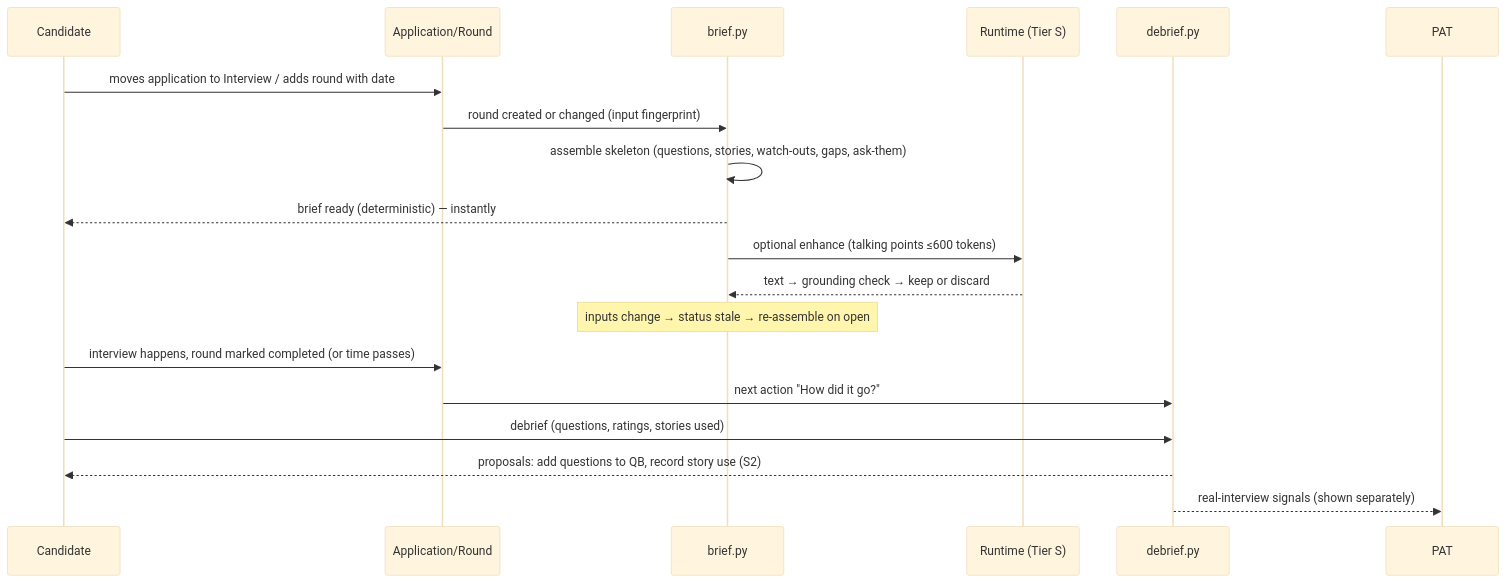
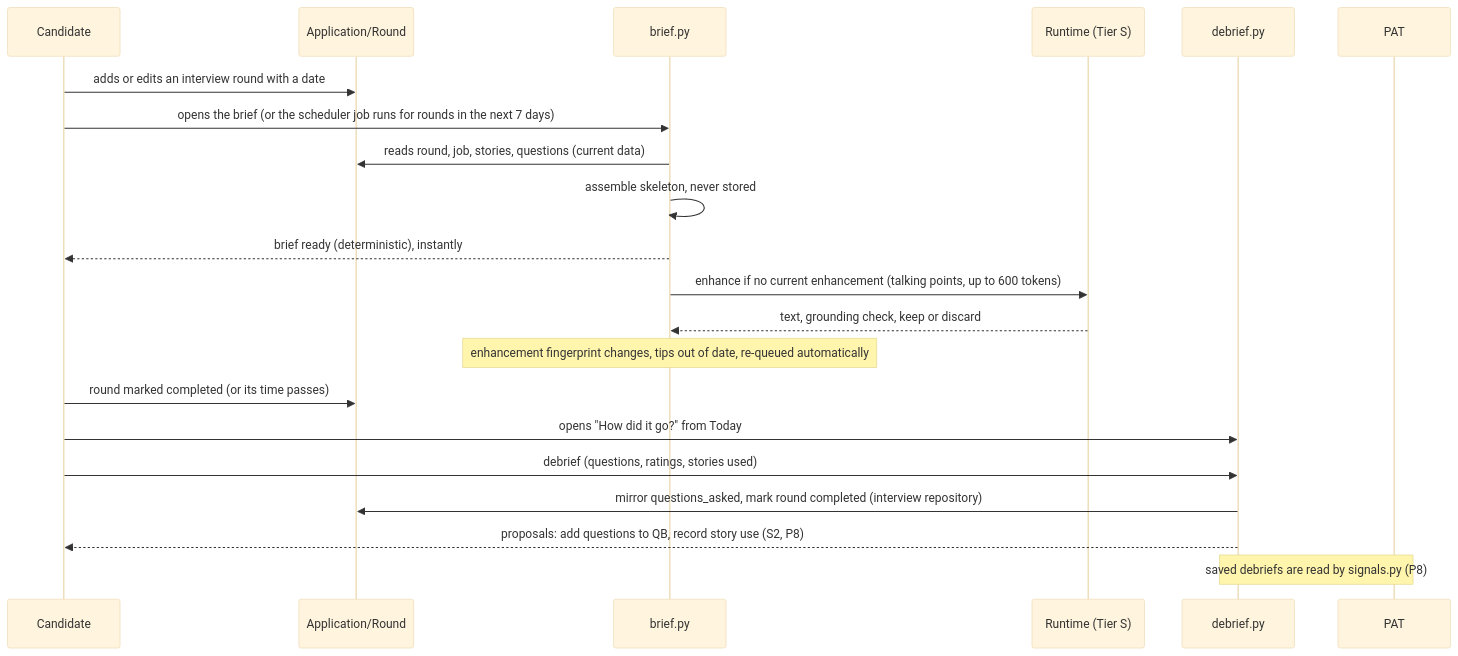
Before and after one commit to arvindsoni2/hatch: the third of 10 diagrams in docs/implementation-specs/active/2026-10-22-coach-phase2-readiness-loop.md, drawn with Mermaid (base theme). The commit also changed other lines of this file and 20 other files, not shown here.

````diff
--- a/docs/implementation-specs/active/2026-10-22-coach-phase2-readiness-loop.md
+++ b/docs/implementation-specs/active/2026-10-22-coach-phase2-readiness-loop.md
@@ -262,20 +321,22 @@
 ```mermaid
 sequenceDiagram
   participant U as Candidate
   participant APP as Application/Round
   participant BRF as brief.py
   participant RT as Runtime (Tier S)
   participant DBF as debrief.py
-  U->>APP: moves application to Interview / adds round with date
-  APP->>BRF: round created or changed (input fingerprint)
-  BRF->>BRF: assemble skeleton (questions, stories, watch-outs, gaps, ask-them)
-  BRF-->>U: brief ready (deterministic) — instantly
-  BRF->>RT: optional enhance (talking points ≤600 tokens)
-  RT-->>BRF: text → grounding check → keep or discard
-  Note over BRF: inputs change → status stale → re-assemble on open
-  U->>APP: interview happens, round marked completed (or time passes)
-  APP->>DBF: next action "How did it go?"
+  U->>APP: adds or edits an interview round with a date
+  U->>BRF: opens the brief (or the scheduler job runs for rounds in the next 7 days)
+  BRF->>APP: reads round, job, stories, questions (current data)
+  BRF->>BRF: assemble skeleton, never stored
+  BRF-->>U: brief ready (deterministic), instantly
+  BRF->>RT: enhance if no current enhancement (talking points, up to 600 tokens)
+  RT-->>BRF: text, grounding check, keep or discard
+  Note over BRF: enhancement fingerprint changes, tips out of date, re-queued automatically
+  U->>APP: round marked completed (or its time passes)
+  U->>DBF: opens "How did it go?" from Today
   U->>DBF: debrief (questions, ratings, stories used)
-  DBF-->>U: proposals: add questions to QB, record story use (S2)
-  DBF-->>PAT: real-interview signals (shown separately)
+  DBF->>APP: mirror questions_asked, mark round completed (interview repository)
+  DBF-->>U: proposals: add questions to QB, record story use (S2, P8)
+  Note over DBF,PAT: saved debriefs are read by signals.py (P8)
 ```
````
